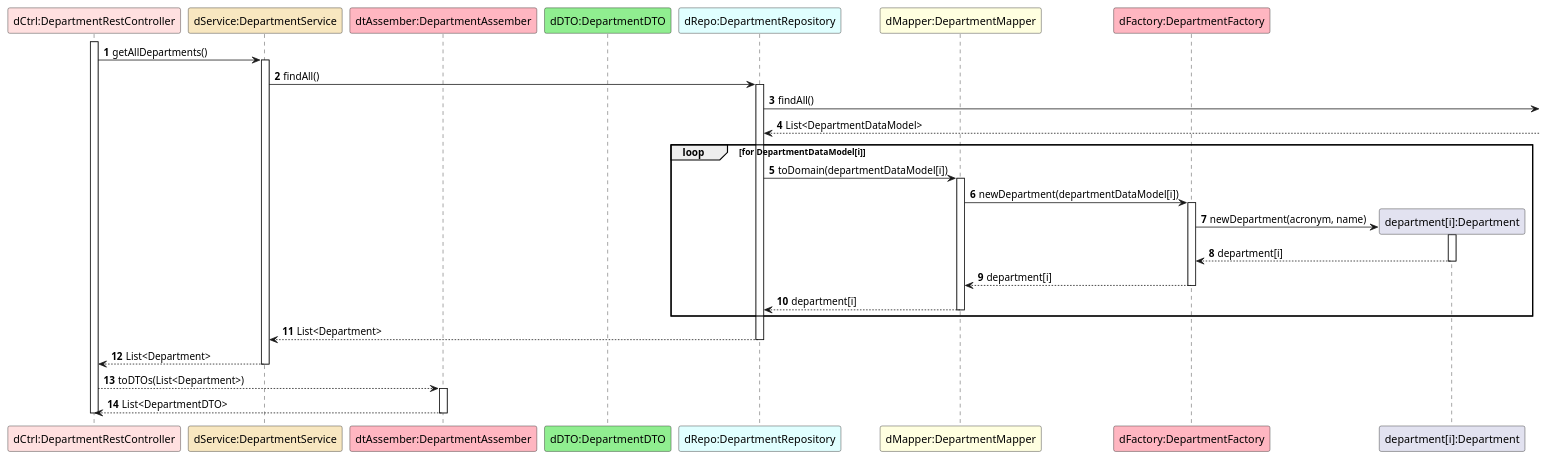
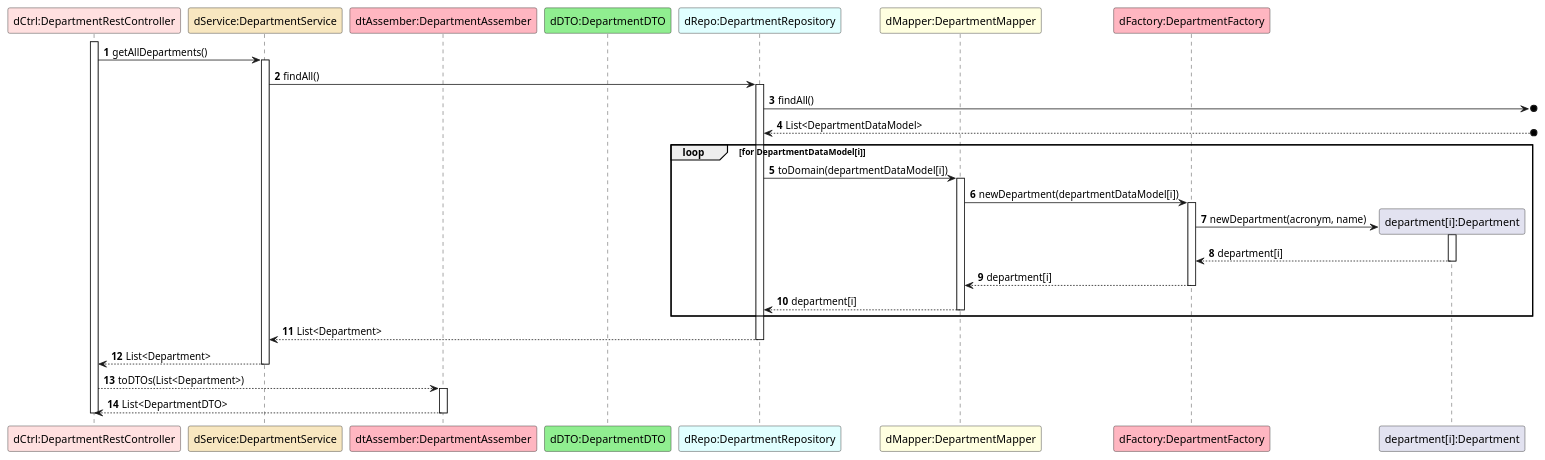
One commit to GasparISEP/DevOps-PAI changed the diagram in docs/US31/ScenarioView/References/Ref-getAllDepartments.puml. Above: the diagram before and after it, drawn with PlantUML. The commit also changed 5 other files, not shown here.

Commit message:
Ref #653: Refactor Scenario View diagrams to use o] notation for external interactions, and update Level 4 Scenario View diagram to reflect single-step form submission

```diff
--- a/docs/US31/ScenarioView/References/Ref-getAllDepartments.puml
+++ b/docs/US31/ScenarioView/References/Ref-getAllDepartments.puml
@@ -1,38 +1,38 @@
 @startuml
 autonumber
 
 participant "dCtrl:DepartmentRestController" as C #implementation
 participant "dService:DepartmentService" as DPS #strategy
 participant "dtAssember:DepartmentAssember" as DA #lightpink
 participant "dDTO:DepartmentDTO" as DDTO #lightgreen
 participant "dRepo:DepartmentRepository" as DPR #lightcyan
 participant "dMapper:DepartmentMapper" as M #lightyellow
 participant "dFactory:DepartmentFactory" as F #lightpink
 participant "department[i]:Department" as DT
 
 activate C
 C -> DPS ++: getAllDepartments()
 
 DPS -> DPR ++: findAll()
 
-DPR -> : findAll()
-DPR <-- : List<DepartmentDataModel>
+DPR ->o] : findAll()
+DPR <--o] : List<DepartmentDataModel>
 
 loop for DepartmentDataModel[i]
 DPR -> M ++: toDomain(departmentDataModel[i])
 M -> F ++: newDepartment(departmentDataModel[i])
 F -> DT**: newDepartment(acronym, name)
 activate DT
 DT --> F --: department[i]
 
 F --> M --: department[i]
 M --> DPR --: department[i]
 end
 
 DPR --> DPS --: List<Department>
 DPS --> C --: List<Department>
 C --> DA ++: toDTOs(List<Department>)
 
 DA --> C --: List<DepartmentDTO>
 deactivate C
 @enduml
```
